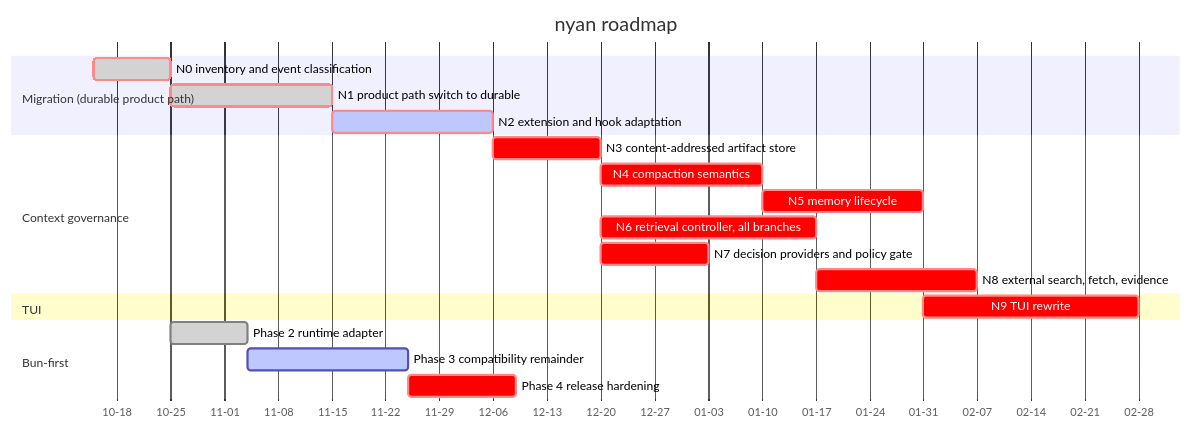
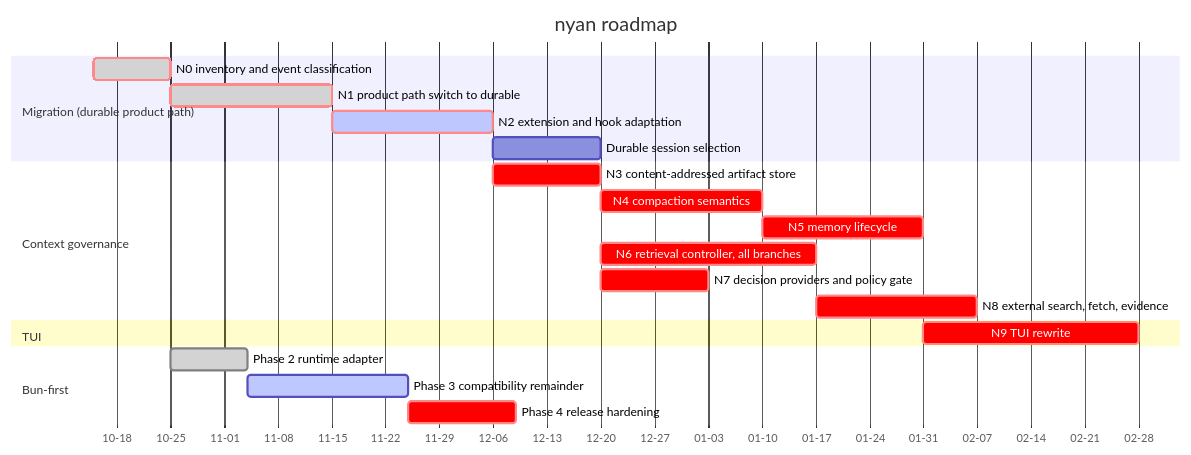
One commit to blxzer77/nyan changed the diagram in ROADMAP.md. Above: the diagram before and after it, drawn with Mermaid. The commit also changed other lines of this file, not shown here.

First line of the commit message:
docs: record Decisions #24 and #25 and queue durable session selection

````diff
--- a/ROADMAP.md
+++ b/ROADMAP.md
@@ -13,27 +13,28 @@
 ```mermaid
 gantt
     title nyan roadmap
     dateFormat YYYY-MM-DD
     axisFormat %m-%d
 
     section Migration (durable product path)
     N0 inventory and event classification :done, crit, n0, 2026-10-15, 10d
     N1 product path switch to durable :done, crit, n1, after n0, 21d
     N2 extension and hook adaptation :active, crit, n2, after n1, 21d
+    Durable session selection :n2s, after n2, 14d
 
     section Context governance
     N3 content-addressed artifact store :crit, n3, after n2, 14d
     N4 compaction semantics :crit, n4, after n3, 21d
     N5 memory lifecycle :crit, n5, after n4, 21d
     N6 retrieval controller, all branches :crit, n6, after n3, 28d
     N7 decision providers and policy gate :crit, n7, after n3, 14d
     N8 external search, fetch, evidence :crit, n8, after n6, 21d
 
     section TUI
     N9 TUI rewrite :crit, n9, after n5, 28d
 
     section Bun-first
     Phase 2 runtime adapter :done, bun2, after n0, 10d
     Phase 3 compatibility remainder :active, bun3, after bun2, 21d
     Phase 4 release hardening :crit, bun4, after bun3, 14d
 ```
````
